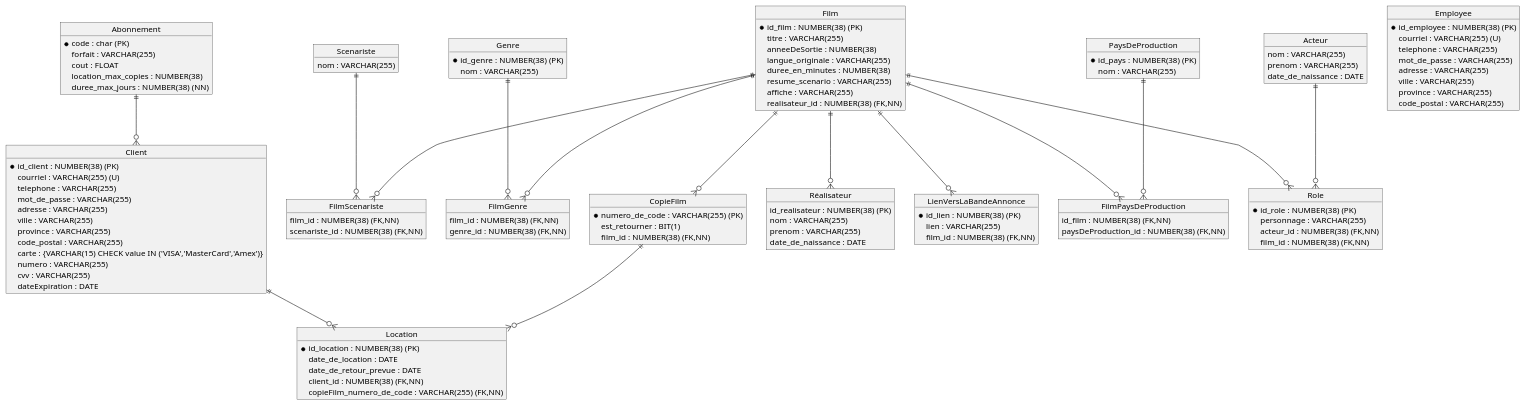
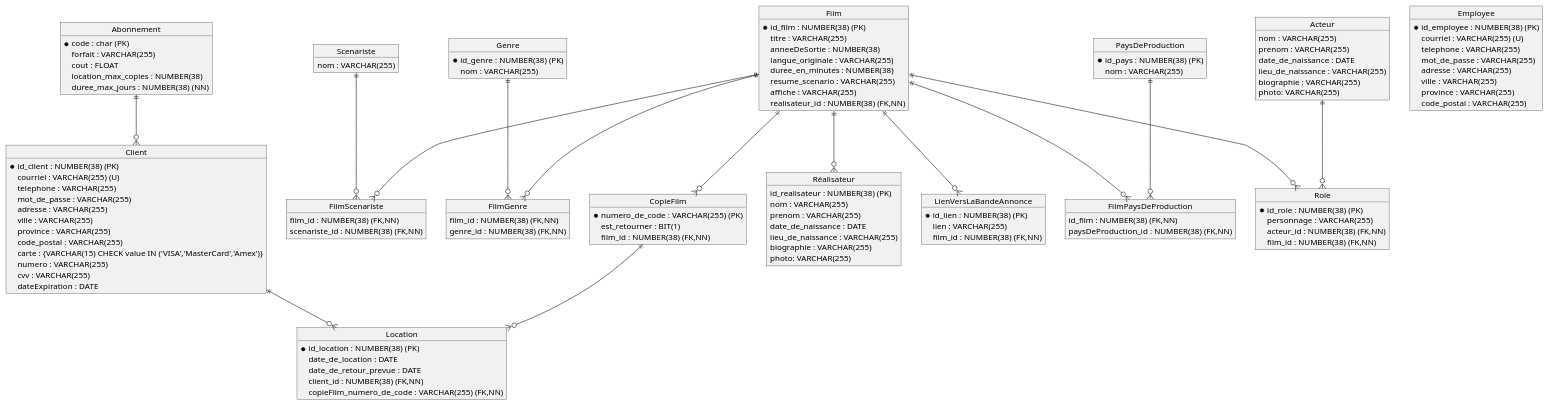
One commit to samihanine/log660-labo1 changed the diagram in tache1.puml. Above: the diagram before and after it, drawn with PlantUML.

Commit message:
refactor: Add missing attributes to UML class diagram for actors and directors

```diff
--- a/tache1.puml
+++ b/tache1.puml
@@ -1,130 +1,136 @@
 @startuml
 object "Client" as Client {
   *id_client : NUMBER(38) (PK)
   courriel : VARCHAR(255) (U)
   telephone : VARCHAR(255)
   mot_de_passe : VARCHAR(255)
   adresse : VARCHAR(255)
   ville : VARCHAR(255)
   province : VARCHAR(255)
   code_postal : VARCHAR(255)
   carte : {VARCHAR(15) CHECK value IN ('VISA','MasterCard','Amex')}
   numero : VARCHAR(255)
   cvv : VARCHAR(255)
   dateExpiration : DATE
 }
 
 object "Employee" as Employee {
   *id_employee : NUMBER(38) (PK)
   courriel : VARCHAR(255) (U)
   telephone : VARCHAR(255)
   mot_de_passe : VARCHAR(255)
   adresse : VARCHAR(255)
   ville : VARCHAR(255)
   province : VARCHAR(255)
   code_postal : VARCHAR(255)
 }
 
 object "Abonnement" as Abonnement {
   *code : char (PK)
   forfait : VARCHAR(255)
   cout : FLOAT
   location_max_copies : NUMBER(38)
   duree_max_jours : NUMBER(38) (NN)
 }
 
 object "Film" as Film {
   *id_film : NUMBER(38) (PK)
   titre : VARCHAR(255)
   anneeDeSortie : NUMBER(38)
   langue_originale : VARCHAR(255)
   duree_en_minutes : NUMBER(38)
   resume_scenario : VARCHAR(255)
   affiche : VARCHAR(255)
   realisateur_id : NUMBER(38) (FK,NN)
 }
 
 object "FilmScenariste" as FilmScenariste {
   film_id : NUMBER(38) (FK,NN)
   scenariste_id : NUMBER(38) (FK,NN)
 }
 
 object "Scenariste" as Scenariste {
   nom : VARCHAR(255)
 }
 
 object "FilmGenre" as FilmGenre {
   film_id : NUMBER(38) (FK,NN)
   genre_id : NUMBER(38) (FK,NN)
 }
 
 object "Genre" as Genre {
   *id_genre : NUMBER(38) (PK)
   nom : VARCHAR(255)
 }
 
 object "Acteur" as Acteur {
   nom : VARCHAR(255)
   prenom : VARCHAR(255)
   date_de_naissance : DATE
+  lieu_de_naissance : VARCHAR(255)
+  biographie : VARCHAR(255)
+  photo: VARCHAR(255)
 }
 
 object "FilmPaysDeProduction" as FilmPaysDeProduction {
   id_film : NUMBER(38) (FK,NN)
   paysDeProduction_id : NUMBER(38) (FK,NN)
 }
 
 object "PaysDeProduction" as PaysDeProduction {
   *id_pays : NUMBER(38) (PK)
   nom : VARCHAR(255)
 }
 
 object "Role" as Role {
   *id_role : NUMBER(38) (PK)
   personnage : VARCHAR(255)
   acteur_id : NUMBER(38) (FK,NN)
   film_id : NUMBER(38) (FK,NN)
 }
 
 object "Réalisateur" as Réalisateur {
   id_realisateur : NUMBER(38) (PK)
   nom : VARCHAR(255)
   prenom : VARCHAR(255)
   date_de_naissance : DATE
+  lieu_de_naissance : VARCHAR(255)
+  biographie : VARCHAR(255)
+  photo: VARCHAR(255)
 }
 
 object "CopieFilm" as CopieFilm {
   *numero_de_code : VARCHAR(255) (PK)
   est_retourner : BIT(1) 
   film_id : NUMBER(38) (FK,NN)
 }
 
 object "Location" as Location {
   *id_location : NUMBER(38) (PK)
   date_de_location : DATE
   date_de_retour_prevue : DATE
   client_id : NUMBER(38) (FK,NN)
   copieFilm_numero_de_code : VARCHAR(255) (FK,NN)
 }
 
 object "LienVersLaBandeAnnonce" as LienVersLaBandeAnnonce {
   *id_lien : NUMBER(38) (PK)
   lien : VARCHAR(255)
   film_id : NUMBER(38) (FK,NN)
 }
 
 Client ||--o{ Location
 Film ||--o{ Role
 Film ||--o{ Réalisateur
 Film ||--o{ CopieFilm
 CopieFilm ||--o{ Location
 Acteur ||--o{ Role
 Film ||--o{ LienVersLaBandeAnnonce
 Film ||--o{ FilmScenariste
 Scenariste ||--o{ FilmScenariste
 Genre ||--o{ FilmGenre
 Film ||--o{ FilmPaysDeProduction
 PaysDeProduction ||--o{ FilmPaysDeProduction
 Abonnement ||--o{ Client
 Film ||--o{ FilmGenre
 @enduml
```
